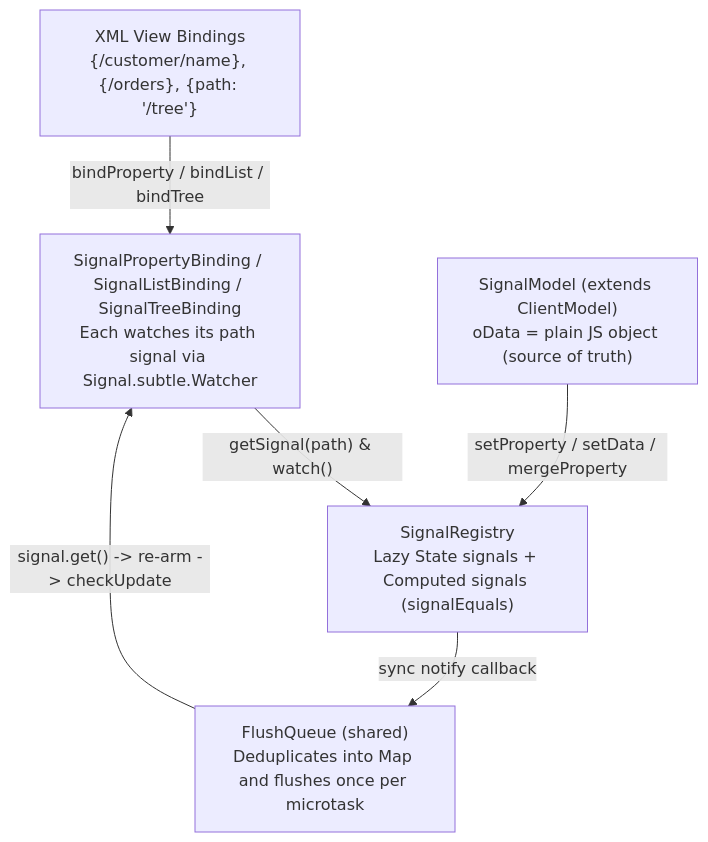
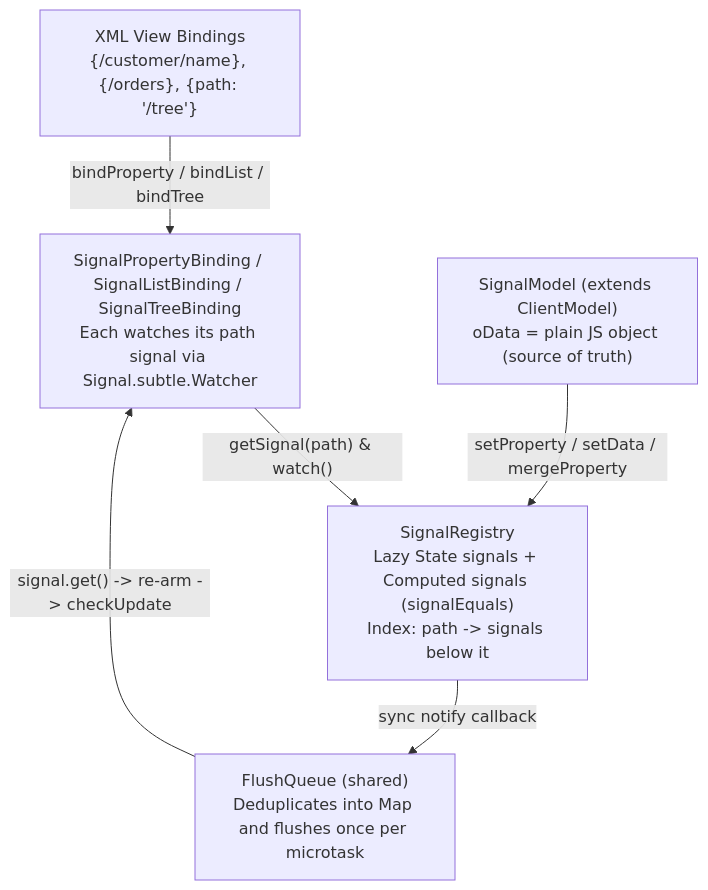
One commit to wridgeu/ui5-lib-signal-model changed the first of 5 diagrams in docs/architecture.md. Above: the diagram before and after it, drawn with Mermaid. The commit also changed other lines of this file and 8 other files, not shown here.

First line of the commit message:
fix(lib): close JSONModel parity gaps and index signals by path

````diff
--- a/docs/architecture.md
+++ b/docs/architecture.md
@@ -7,14 +7,14 @@
 ```mermaid
 flowchart TD
   Views["XML View Bindings<br/>{/customer/name}, {/orders}, {path: '/tree'}"]
   Bindings["SignalPropertyBinding / SignalListBinding / SignalTreeBinding<br/>Each watches its path signal via Signal.subtle.Watcher"]
   Queue["FlushQueue (shared)<br/>Deduplicates into Map and flushes once per microtask"]
-  Registry["SignalRegistry<br/>Lazy State signals + Computed signals (signalEquals)"]
+  Registry["SignalRegistry<br/>Lazy State signals + Computed signals (signalEquals)<br/>Index: path -> signals below it"]
   Model["SignalModel (extends ClientModel)<br/>oData = plain JS object (source of truth)"]
 
   Views -->|"bindProperty / bindList / bindTree"| Bindings
   Bindings -->|"getSignal(path) & watch()"| Registry
   Registry -->|"sync notify callback"| Queue
   Queue -->|"signal.get() -> re-arm -> checkUpdate"| Bindings
   Model -->|"setProperty / setData / mergeProperty"| Registry
 ```
````
